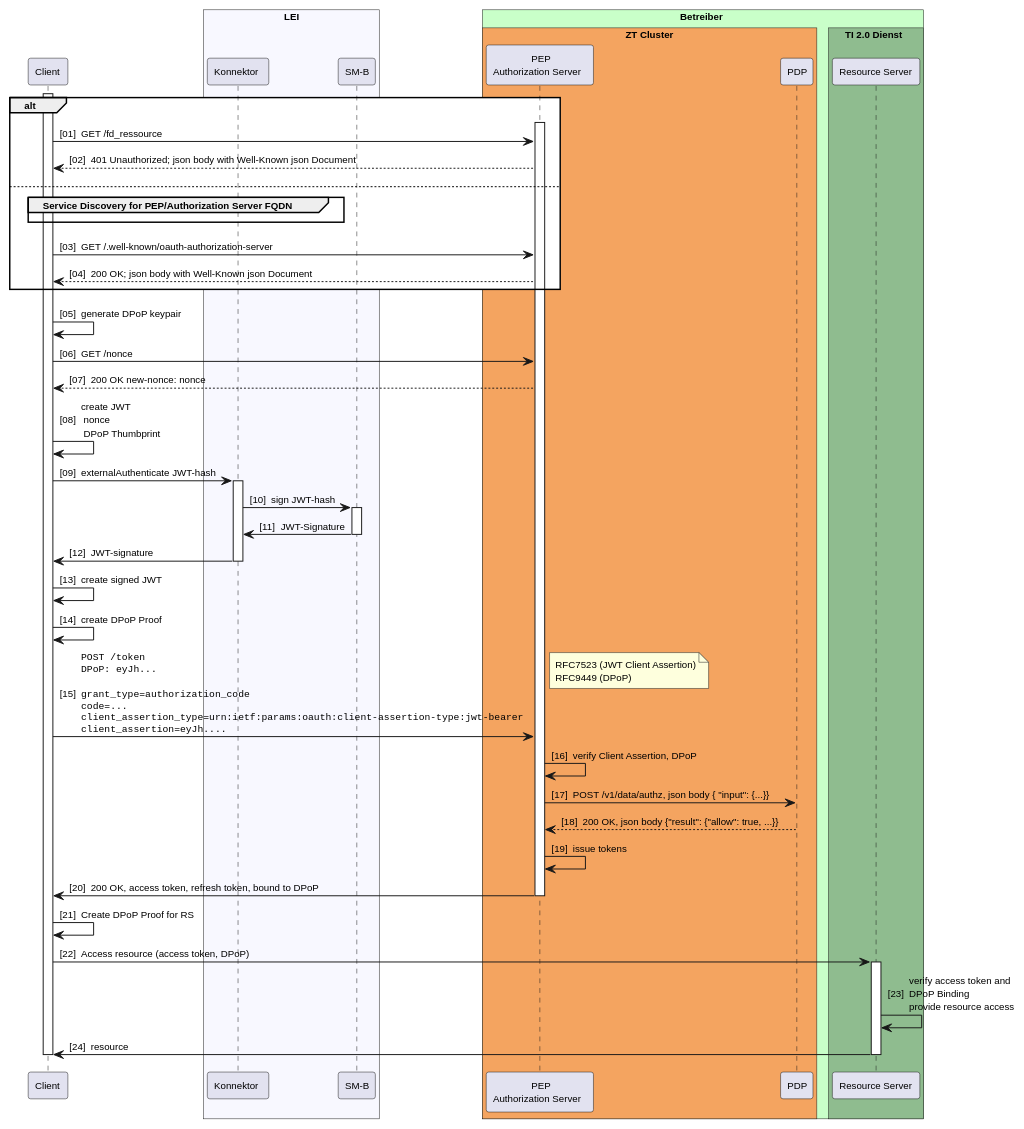
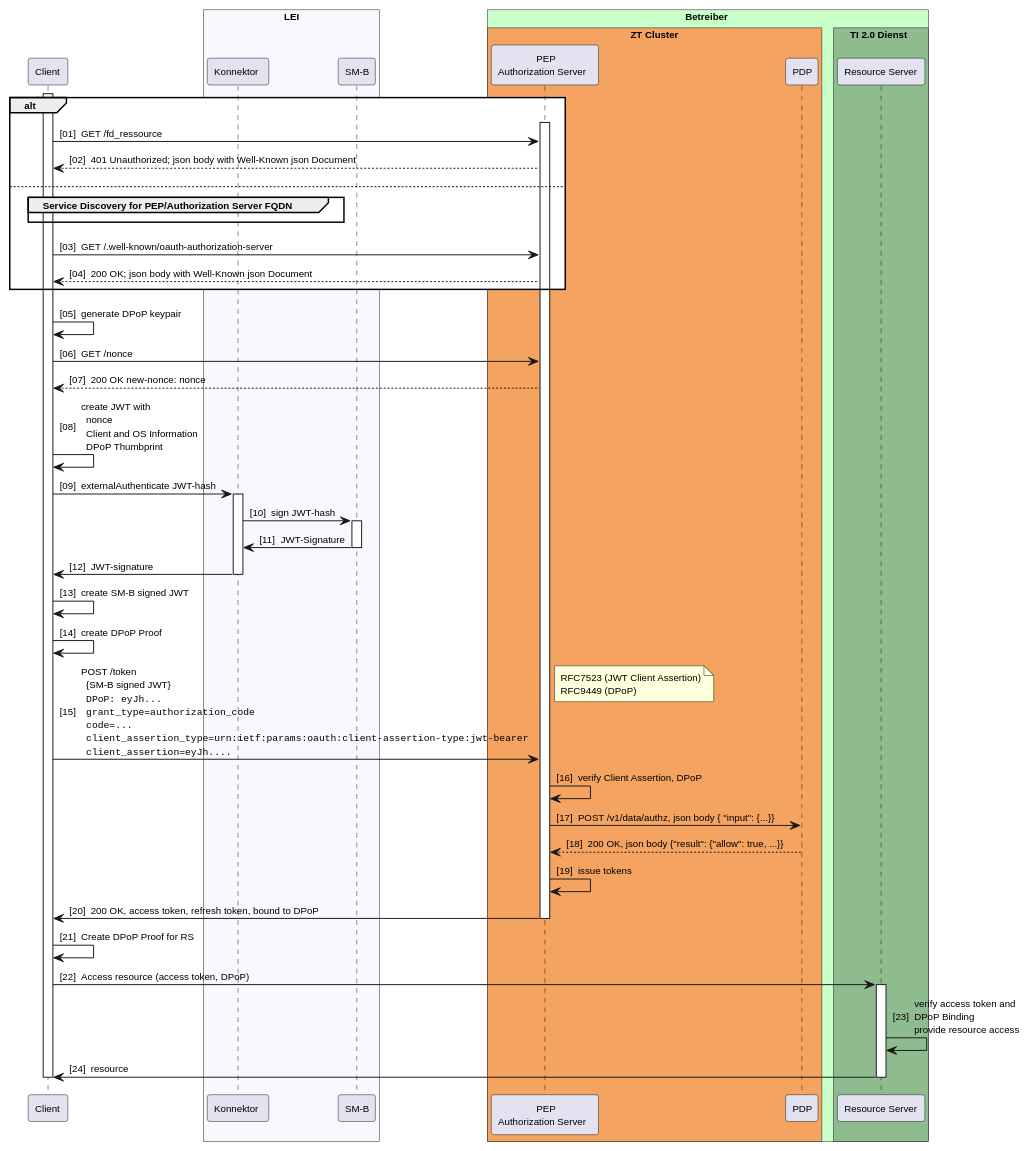
One commit to gematik/spec-t20r changed the diagram in src/plantuml/sm-b-auth.puml. Above: the diagram before and after it, drawn with PlantUML.

```diff
--- a/src/plantuml/sm-b-auth.puml
+++ b/src/plantuml/sm-b-auth.puml
@@ -1,81 +1,82 @@
 @startuml "OAuth 2.0 DPoP with SM-B"
 autonumber "[00]"
 skinparam defaultFontSize 10
 skinparam defaultFontName Helvetica
 skinparam DefaultMonospacedFontName Courier
 skinparam lengthAdjust none
 
 !pragma teoz true
 
 participant Client
 box "LEI" #GhostWhite
     participant Konnektor
     participant SMB as "SM-B"
 end box
 
 box "Betreiber" #TECHNOLOGY
     box "ZT Cluster" #SandyBrown
         participant AuthS as "PEP\nAuthorization Server" 
         participant PDP as "PDP"
     endbox
     box TI 2.0 Dienst #DarkSeaGreen
         participant RS as "Resource Server"
     endbox
 end box
 
 activate Client
 
 alt #White
     activate AuthS
     Client -> AuthS: GET /fd_ressource
     AuthS --> Client: 401 Unauthorized; json body with Well-Known json Document
 else 
     group Service Discovery for PEP/Authorization Server FQDN
     end
     Client -> AuthS: GET /.well-known/oauth-authorization-server 
     AuthS --> Client: 200 OK; json body with Well-Known json Document
 end
 
 Client -> Client: generate DPoP keypair
 Client -> AuthS: GET /nonce
 return 200 OK new-nonce: nonce
-Client -> Client: create JWT\n nonce\n DPoP Thumbprint
+Client -> Client: create JWT with\n  nonce\n  Client and OS Information\n  DPoP Thumbprint
 Client -> Konnektor: externalAuthenticate JWT-hash
 activate Konnektor
 Konnektor -> SMB: sign JWT-hash
 activate SMB
 SMB -> Konnektor: JWT-Signature
 deactivate SMB
 Konnektor -> Client: JWT-signature
 deactivate Konnektor
 
-Client -> Client: create signed JWT
+Client -> Client: create SM-B signed JWT
 Client -> Client: create DPoP Proof
-Client -> AuthS: ""POST /token""\n\
-""DPoP: eyJh...""\n\n\
-""grant_type=authorization_code""\n\
-""code=...""\n\
-""client_assertion_type=urn:ietf:params:oauth:client-assertion-type:jwt-bearer""\n\
-""client_assertion=eyJh....""
+Client -> AuthS: POST /token\n\
+  {SM-B signed JWT}\n\
+  ""DPoP: eyJh...""\n\
+  ""grant_type=authorization_code""\n\
+  ""code=...""\n\
+  ""client_assertion_type=urn:ietf:params:oauth:client-assertion-type:jwt-bearer""\n\
+  ""client_assertion=eyJh....""
 note right
 RFC7523 (JWT Client Assertion)
 RFC9449 (DPoP)
 end note
 
 AuthS -> AuthS: verify Client Assertion, DPoP
 AuthS -> PDP: POST /v1/data/authz, json body {  "input": {...}} 
 PDP --> AuthS: 200 OK, json body {"result": {"allow": true, ...}}
 AuthS -> AuthS: issue tokens
 AuthS -> Client: 200 OK, access token, refresh token, bound to DPoP
 deactivate AuthS
 Client -> Client: Create DPoP Proof for RS
 
 Client -> RS: Access resource (access token, DPoP)
 activate RS
 RS -> RS: verify access token and\nDPoP Binding\n\
 provide resource access
 RS -> Client: resource
 deactivate RS
 deactivate Client
 
 @enduml
```
